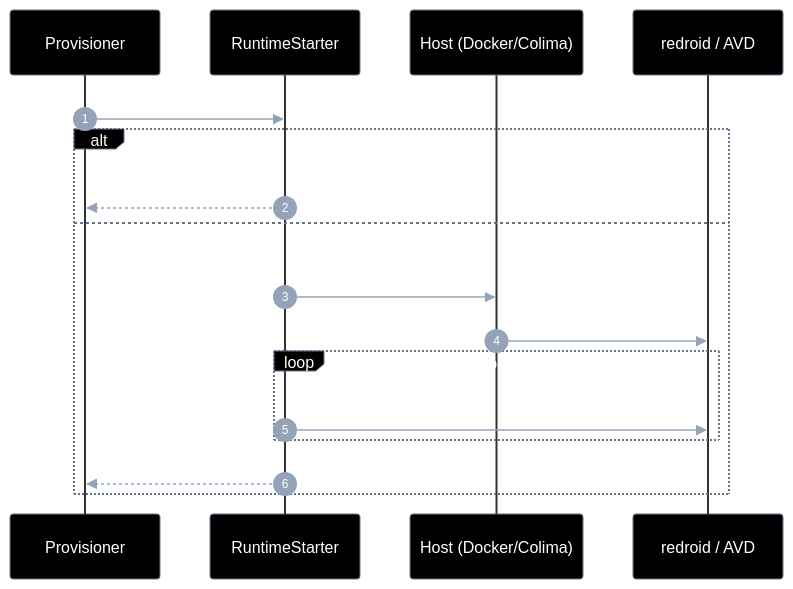
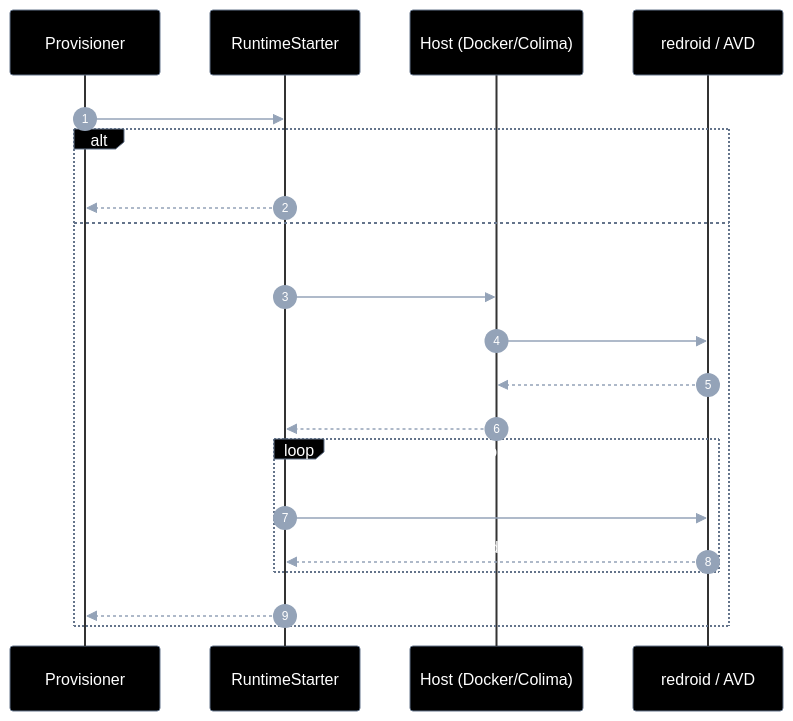
One commit to laerciogermano/workstation changed the second of 5 diagrams in connectmax/screen-robot/epics/EP-01-provisionar-agente/5.implementation-plan.md. Above: the diagram before and after it, drawn with Mermaid. The commit also changed other lines of this file and 5 other files, not shown here.

Commit message:
Completa retornos faltantes em todos os diagramas de sequência dos planos.

````diff
--- a/connectmax/screen-robot/epics/EP-01-provisionar-agente/5.implementation-plan.md
+++ b/connectmax/screen-robot/epics/EP-01-provisionar-agente/5.implementation-plan.md
@@ -164,61 +174,64 @@
 ```mermaid
 ---
 config:
   theme: base
   themeVariables:
     darkMode: true
     background: '#000000'
     primaryColor: '#000000'
     primaryTextColor: '#ffffff'
     primaryBorderColor: '#64748b'
     secondaryColor: '#000000'
     secondaryTextColor: '#ffffff'
     secondaryBorderColor: '#64748b'
     tertiaryColor: '#000000'
     tertiaryTextColor: '#ffffff'
     tertiaryBorderColor: '#64748b'
     lineColor: '#64748b'
     textColor: '#ffffff'
     mainBkg: '#000000'
     nodeBorder: '#64748b'
     clusterBkg: '#000000'
     clusterBorder: '#333333'
     titleColor: '#ffffff'
     edgeLabelBackground: '#000000'
     actorBkg: '#000000'
     actorBorder: '#64748b'
     actorTextColor: '#ffffff'
     actorLineColor: '#333333'
     signalColor: '#94a3b8'
     signalTextColor: '#ffffff'
     labelBoxBkgColor: '#000000'
     labelBoxBorderColor: '#64748b'
     labelTextColor: '#ffffff'
     loopTextColor: '#ffffff'
     noteBorderColor: '#64748b'
     noteBkgColor: '#111111'
     noteTextColor: '#ffffff'
     activationBorderColor: '#64748b'
     activationBkgColor: '#1a1a1a'
     sequenceNumberColor: '#ffffff'
     classText: '#ffffff'
 ---
 sequenceDiagram
   autonumber
   participant P as Provisioner
   participant R as RuntimeStarter
   participant H as Host (Docker/Colima)
   participant D as redroid / AVD
 
   P->>R: isReachable(cfg)?
   alt já alcançável
     R-->>P: true
   else precisa subir
     R->>H: spawn startScript
     H->>D: container/AVD up
+    D-->>H: running
+    H-->>R: started
     loop poll alcance
       R->>D: porta / status
+      D-->>R: up|down
     end
     R-->>P: reachable
   end
 ```
````
